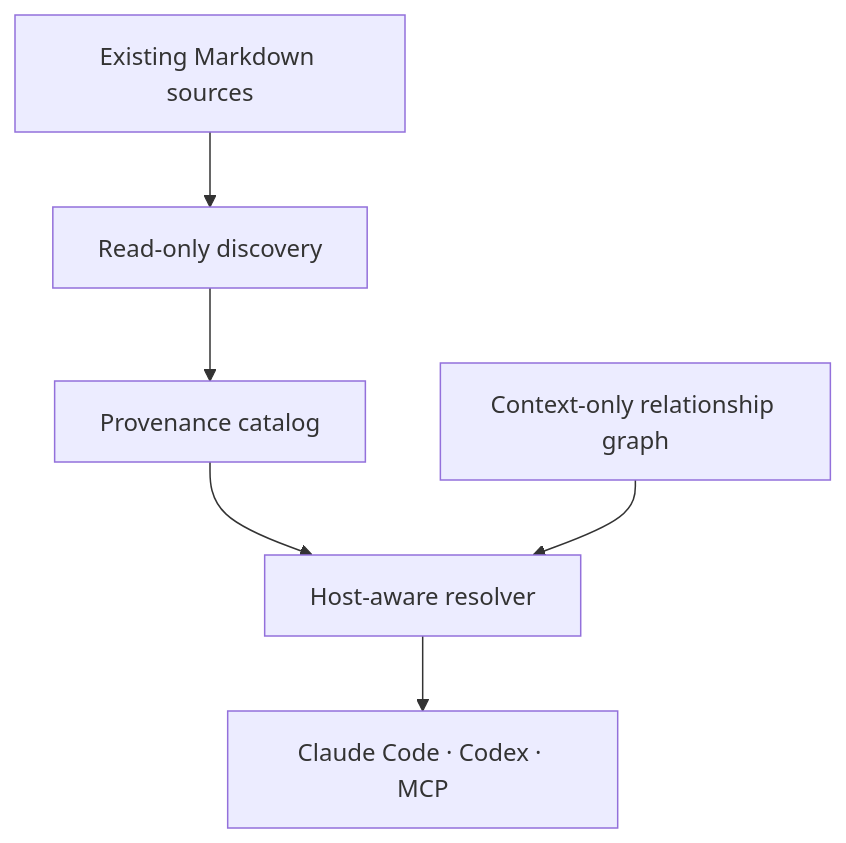
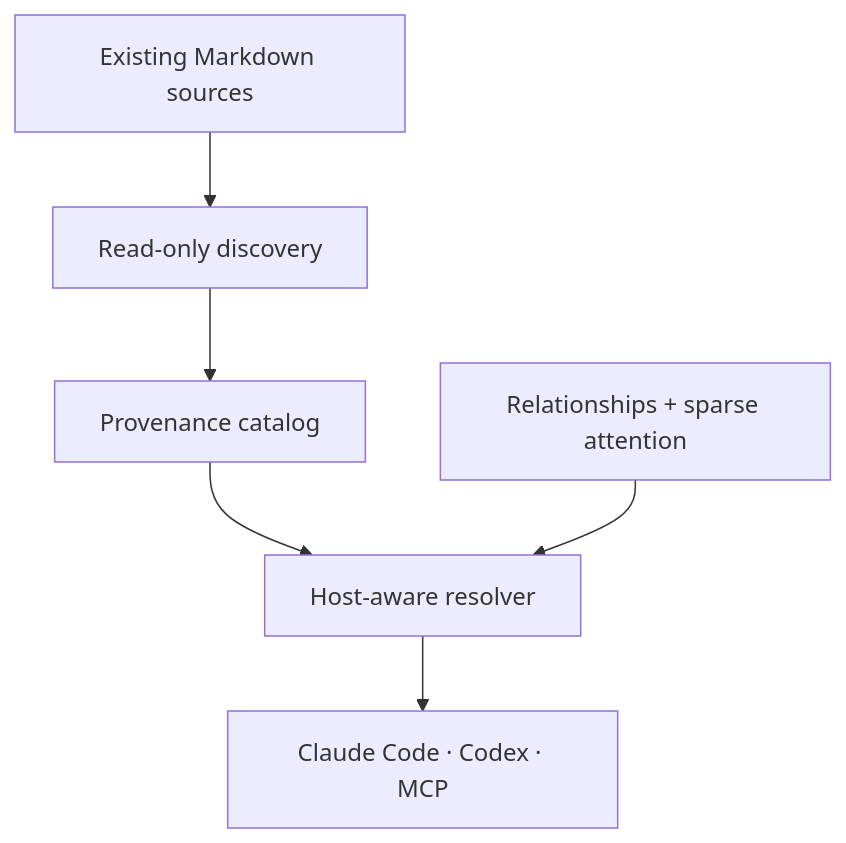
The first of 2 diagrams in README.md (Maykbiletti/AgentSpine), drawn with Mermaid before and after one commit. The commit also changed other lines of this file and 20 other files, not shown here.

Commit message:
feat: add privacy-bound sparse attention

````diff
--- a/README.md
+++ b/README.md
@@ -30,8 +30,8 @@
 ```mermaid
 flowchart TB
     A["Existing Markdown sources"] --> B["Read-only discovery"]
     B --> C["Provenance catalog"]
     C --> D["Host-aware resolver"]
-    F["Context-only relationship graph"] --> D
+    F["Relationships + sparse attention"] --> D
     D --> E["Claude Code · Codex · MCP"]
 ```
````
